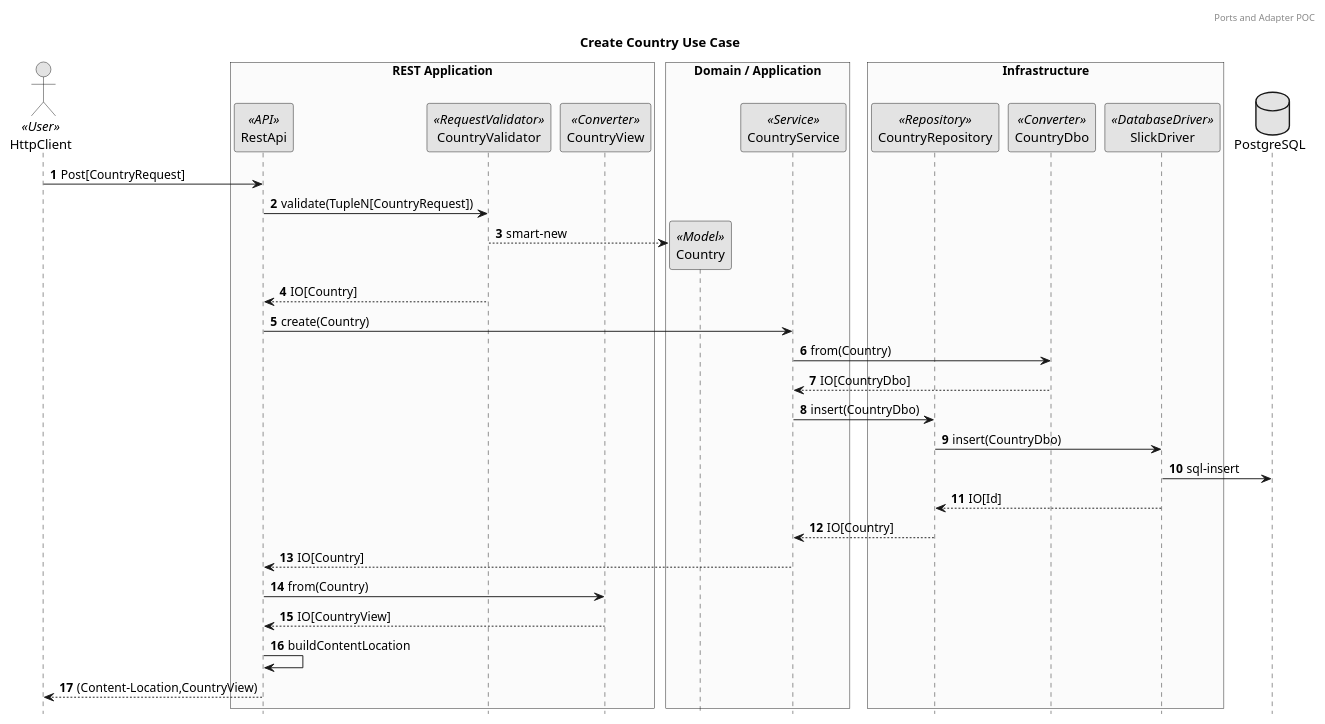
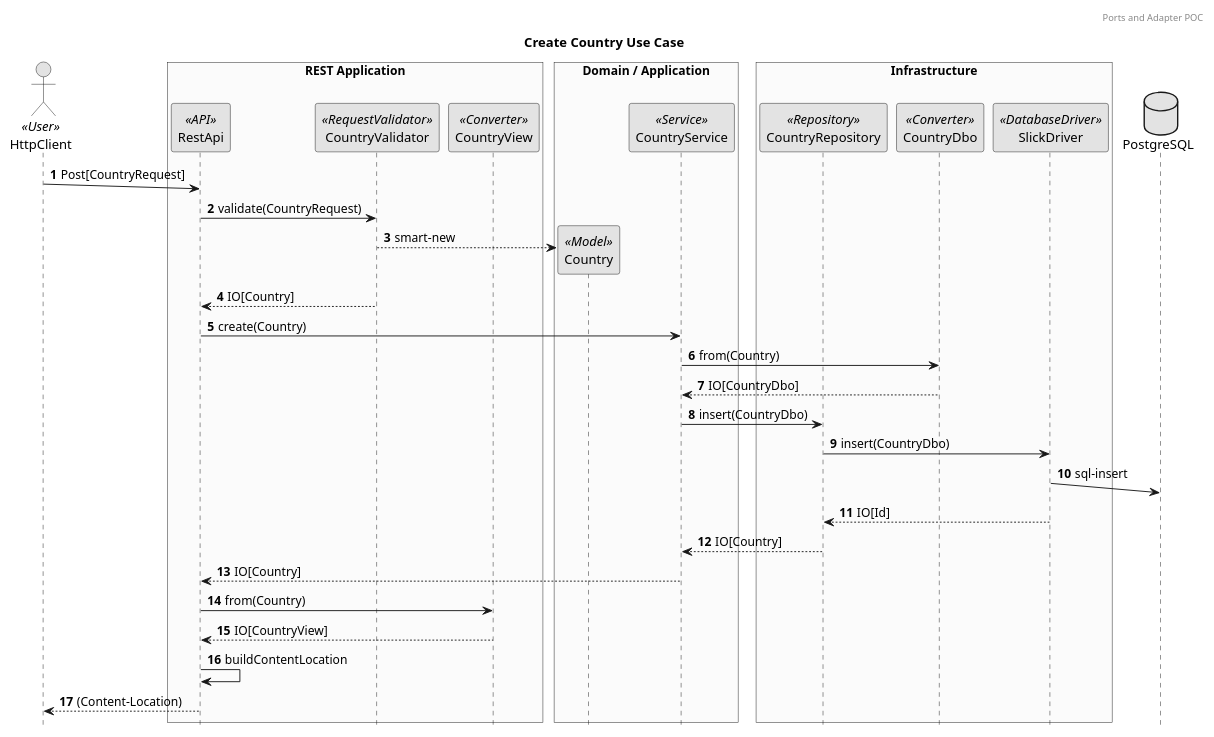
The diagram in hexagonal/docs/create-country.puml (butcherless/incubator), drawn with PlantUML before and after one commit. The commit also changed 2 other files, not shown here.

Commit message:
* add create country async docs

```diff
--- a/hexagonal/docs/create-country.puml
+++ b/hexagonal/docs/create-country.puml
@@ -1,45 +1,46 @@
 @startuml
 skinparam monochrome true
 skinparam BoxPadding 5
 header Ports and Adapter POC
 title Create Country Use Case
 
 hide footbox
 actor HttpClient as user << User >>
 
 box "REST Application" #FBFBFB
  participant "RestApi" as api << API >>
  participant "CountryValidator" as validator << RequestValidator >>
  participant "CountryView" as view << Converter >>
 end box
 box "Domain / Application" #FBFBFB
  participant "Country" as country << Model >>
  participant "CountryService" as service << Service >>
 end box
 box "Infrastructure" #FBFBFB
  participant "CountryRepository" as repository << Repository >>
  participant "CountryDbo" as dbo << Converter >>
  participant "SlickDriver" as db << DatabaseDriver >>
 end box
 
 database PostgreSQL as pgdb
 
 autonumber
-user -> api: Post[CountryRequest]
-api -> validator : validate(TupleN[CountryRequest])
+user ->(5) api: Post[CountryRequest]
+api -> validator : validate(CountryRequest)
 validator --> country **: smart-new
 validator --> api: IO[Country]
 api -> service: create(Country)
 service -> dbo: from(Country)
 dbo --> service: IO[CountryDbo]
+
 service -> repository: insert(CountryDbo)
 repository -> db : insert(CountryDbo)
-db -> pgdb : sql-insert
+db ->(10) pgdb : sql-insert
 db --> repository : IO[Id]
 repository --> service : IO[Country]
 service --> api : IO[Country]
 api -> view : from(Country)
 view --> api : IO[CountryView]
 api -> api: buildContentLocation
-api --> user : (Content-Location,CountryView)
+api --> user : (Content-Location)
 @enduml
```
